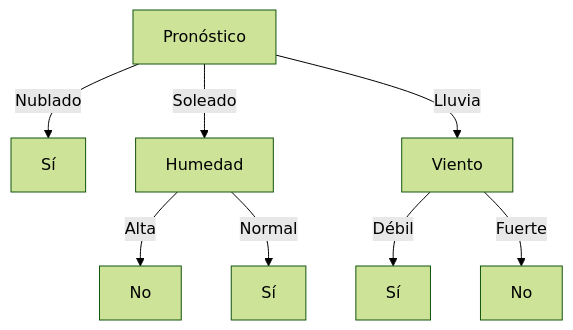
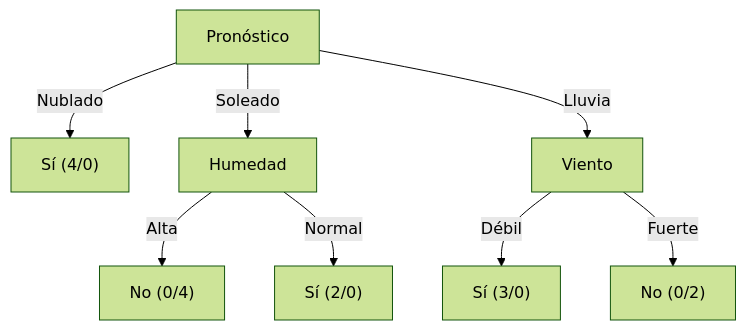
One commit to DiegoViillalba/almacenamienes-y-mineria-de-datos changed the diagram in unidades/clasificadores/6-1-clasificacion_arboles.qmd. Above: the diagram before and after it, drawn with Mermaid (forest theme). The commit also changed other lines of this file and 39 other files, not shown here.

````diff
--- a/unidades/clasificadores/6-1-clasificacion_arboles.qmd
+++ b/unidades/clasificadores/6-1-clasificacion_arboles.qmd
@@ -393,11 +123,13 @@
 ```{mermaid}
+%%| label: fig-arbol-id3
+%%| fig-cap: "Árbol construido por ID3 con los quince días. Entre paréntesis, días Sí/No que llegan a cada hoja."
+%%| echo: false
 flowchart TD
-    A[Pronóstico]
-    A -->|Nublado| B[Sí]
+    A[Pronóstico] -->|Nublado| B["Sí (4/0)"]
     A -->|Soleado| C[Humedad]
     A -->|Lluvia| D[Viento]
-    C -->|Alta| E[No]
-    C -->|Normal| F[Sí]
-    D -->|Débil| G[Sí]
-    D -->|Fuerte| H[No]
+    C -->|Alta| E["No (0/4)"]
+    C -->|Normal| F["Sí (2/0)"]
+    D -->|Débil| G["Sí (3/0)"]
+    D -->|Fuerte| H["No (0/2)"]
 ```
````
